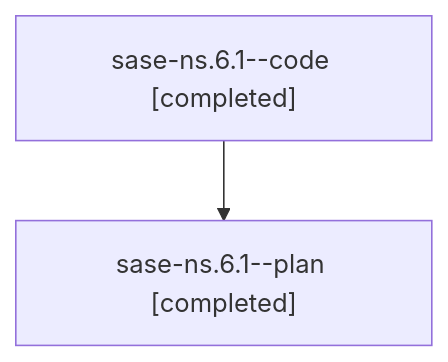
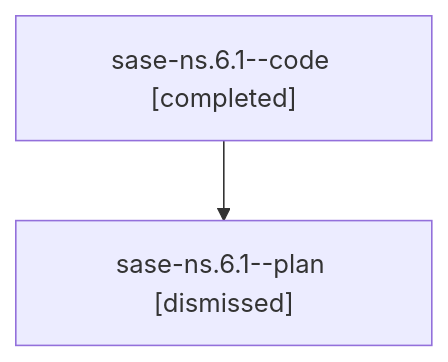
Before and after one commit to sase-org/sase--agents: the diagram in families/bbugyi200.athena.sase-ns.6.1.md, drawn with Mermaid. The commit also changed other lines of this file and 179 other files, not shown here.

````diff
--- a/families/bbugyi200.athena.sase-ns.6.1.md
+++ b/families/bbugyi200.athena.sase-ns.6.1.md
@@ -9,6 +9,6 @@
 ```mermaid
 flowchart TD
   n0["sase-ns.6.1--code [completed]"]
-  n1["sase-ns.6.1--plan [completed]"]
+  n1["sase-ns.6.1--plan [dismissed]"]
   n0 --> n1
 ```
````
